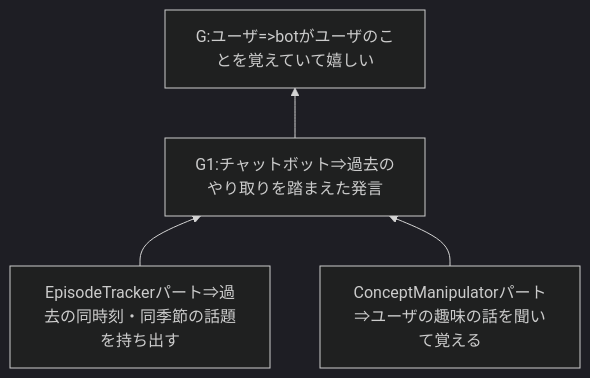
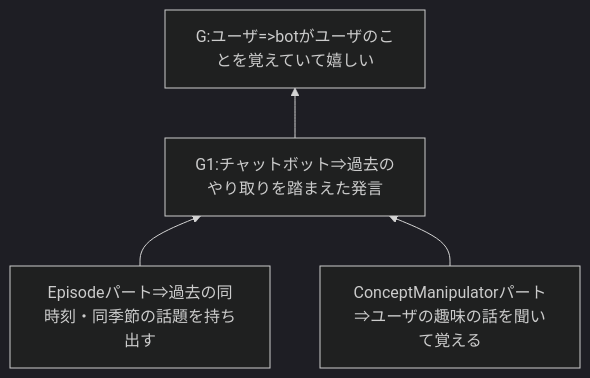
The second of 3 diagrams in content/documents/チャットボットの設計 .md (shinichi-kato/fairybiome-0.20), drawn with Mermaid (dark theme) before and after one commit. The commit also changed other lines of this file and 31 other files, not shown here.

````diff
--- a/content/documents/チャットボットの設計 .md
+++ b/content/documents/チャットボットの設計 .md
@@ -51,7 +51,7 @@
 ```mermaid
 flowchart BT
     G[G:ユーザ=>botがユーザのことを覚えていて嬉しい]
     G1[G1:チャットボット⇒過去のやり取りを踏まえた発言] --> G
-    EpisodeTracker[EpisodeTrackerパート⇒過去の同時刻・同季節の話題を持ち出す] --> G1
+    Episode[Episodeパート⇒過去の同時刻・同季節の話題を持ち出す] --> G1
     ConceptManipulator[ConceptManipulatorパート⇒ユーザの趣味の話を聞いて覚える] --> G1
 ```
````
